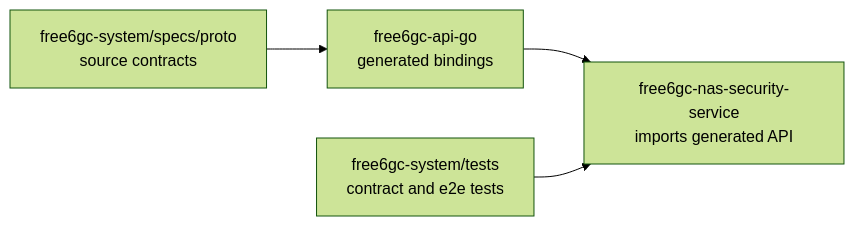
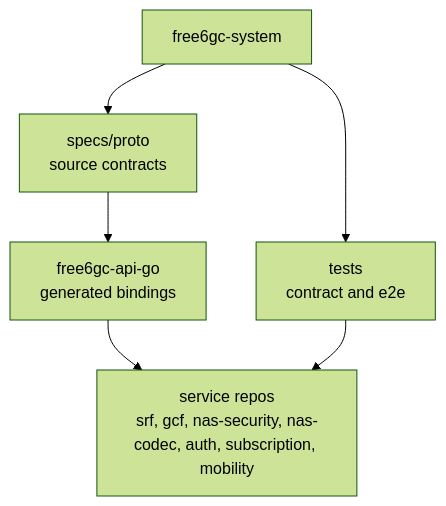
The fourth of 17 diagrams in orange-prototype-wiki/free6gc-initial-design.md (acore2026/docs), drawn with Mermaid (forest theme) before and after one commit. The commit also changed other lines of this file, not shown here.

Commit message:
Clarify Free6GC repository model

````diff
--- a/orange-prototype-wiki/free6gc-initial-design.md
+++ b/orange-prototype-wiki/free6gc-initial-design.md
@@ -193,6 +168,14 @@
 ```mermaid
-flowchart LR
-    PROTO[free6gc-system/specs/proto<br/>source contracts] --> GEN[free6gc-api-go<br/>generated bindings]
-    GEN --> SERVICE[free6gc-nas-security-service<br/>imports generated API]
-    SYSTEM[free6gc-system/tests<br/>contract and e2e tests] --> SERVICE
+flowchart TB
+    SYS[free6gc-system]
+    PROTO[specs/proto<br/>source contracts]
+    TESTS[tests<br/>contract and e2e]
+    API[free6gc-api-go<br/>generated bindings]
+    SERVICES[service repos<br/>srf, gcf, nas-security, nas-codec, auth, subscription, mobility]
+
+    SYS --> PROTO
+    SYS --> TESTS
+    PROTO --> API
+    API --> SERVICES
+    TESTS --> SERVICES
 ```
````
